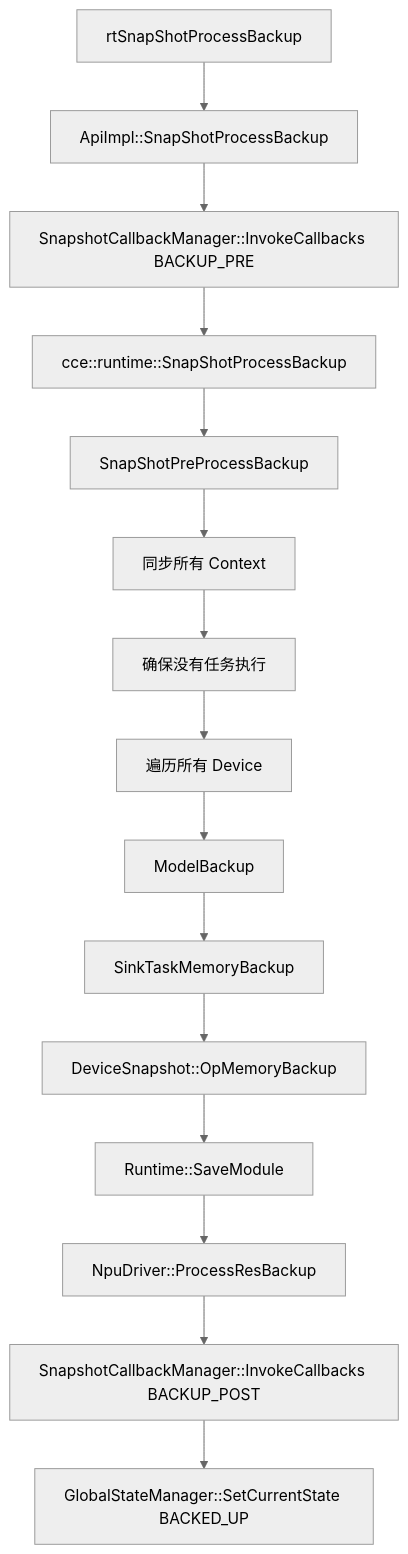
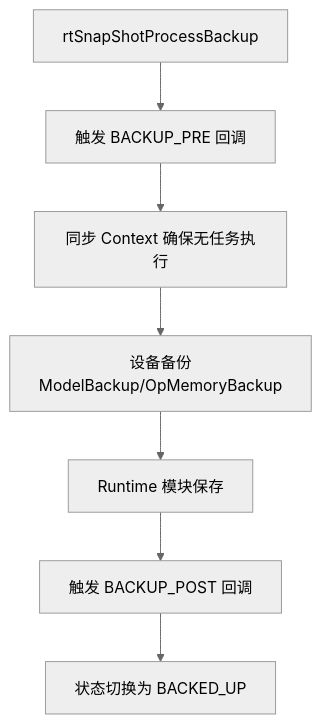
Before and after one commit to 18liumin/runtime: the fourth of 10 diagrams in docs/design/features/snapshot.md, drawn with Mermaid (neutral theme). The commit also changed other lines of this file, not shown here.

````diff
--- a/docs/design/features/snapshot.md
+++ b/docs/design/features/snapshot.md
@@ -217,17 +204,9 @@
 ```mermaid
 flowchart TD
-A[rtSnapShotProcessBackup] --> B[ApiImpl::SnapShotProcessBackup]
-B --> C[SnapshotCallbackManager::InvokeCallbacks BACKUP_PRE]
-C --> D[cce::runtime::SnapShotProcessBackup]
-D --> E[SnapShotPreProcessBackup]
-E --> F[同步所有 Context]
-F --> G[确保没有任务执行]
-G --> H[遍历所有 Device]
-H --> I[ModelBackup]
-I --> J[SinkTaskMemoryBackup]
-J --> K[DeviceSnapshot::OpMemoryBackup]
-K --> L[Runtime::SaveModule]
-L --> M[NpuDriver::ProcessResBackup]
-M --> N[SnapshotCallbackManager::InvokeCallbacks BACKUP_POST]
-N --> O[GlobalStateManager::SetCurrentState BACKED_UP]
+    A[rtSnapShotProcessBackup] --> B[触发 BACKUP_PRE 回调]
+    B --> C[同步 Context 确保无任务执行]
+    C --> D[设备备份<br/>ModelBackup/OpMemoryBackup]
+    D --> E[Runtime 模块保存]
+    E --> F[触发 BACKUP_POST 回调]
+    F --> G[状态切换为 BACKED_UP]
 ```
````
